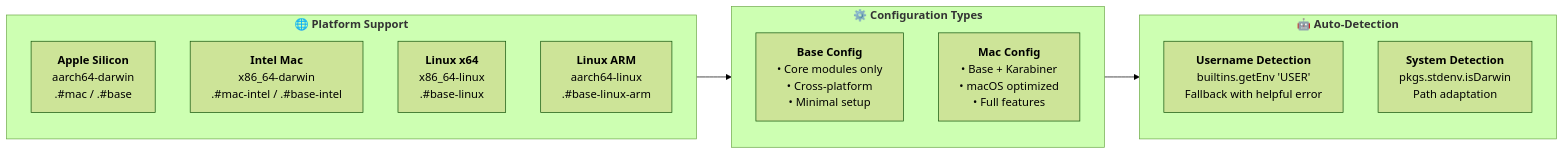
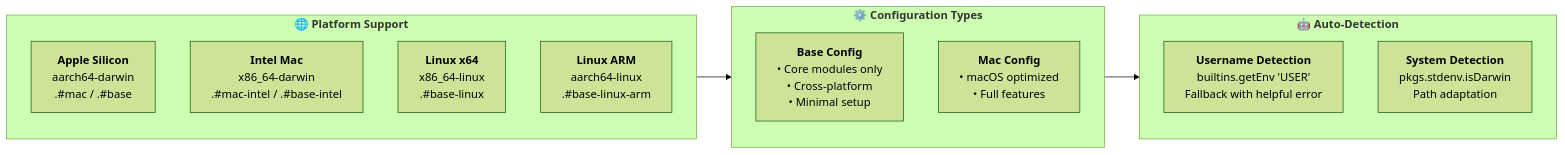
The fifth of 8 diagrams in ARCHITECTURE.md (pampatzoglou/home-manager), drawn with Mermaid (forest theme) before and after one commit. The commit also changed other lines of this file and 4 other files, not shown here.

````diff
--- a/ARCHITECTURE.md
+++ b/ARCHITECTURE.md
@@ -248,43 +236,42 @@
 ```mermaid
 graph LR
     subgraph platforms["`🌐 **Platform Support**`"]
         direction TB
         arm_mac["`**Apple Silicon**
         aarch64-darwin
         .#mac / .#base`"]
         intel_mac["`**Intel Mac**
         x86_64-darwin
         .#mac-intel / .#base-intel`"]
         linux_x64["`**Linux x64**
         x86_64-linux
         .#base-linux`"]
         linux_arm["`**Linux ARM**
         aarch64-linux
         .#base-linux-arm`"]
     end
     
     subgraph configs["`⚙️ **Configuration Types**`"]
         direction TB
         base_config["`**Base Config**
         • Core modules only
         • Cross-platform
         • Minimal setup`"]
         mac_config["`**Mac Config**
-        • Base + Karabiner
         • macOS optimized
         • Full features`"]
     end
     
     subgraph auto["`🤖 **Auto-Detection**`"]
         direction TB
         user_detect["`**Username Detection**
         builtins.getEnv 'USER'
         Fallback with helpful error`"]
         sys_detect["`**System Detection**
         pkgs.stdenv.isDarwin
         Path adaptation`"]
     end
     
     platforms --> configs
     configs --> auto
 ```
````
